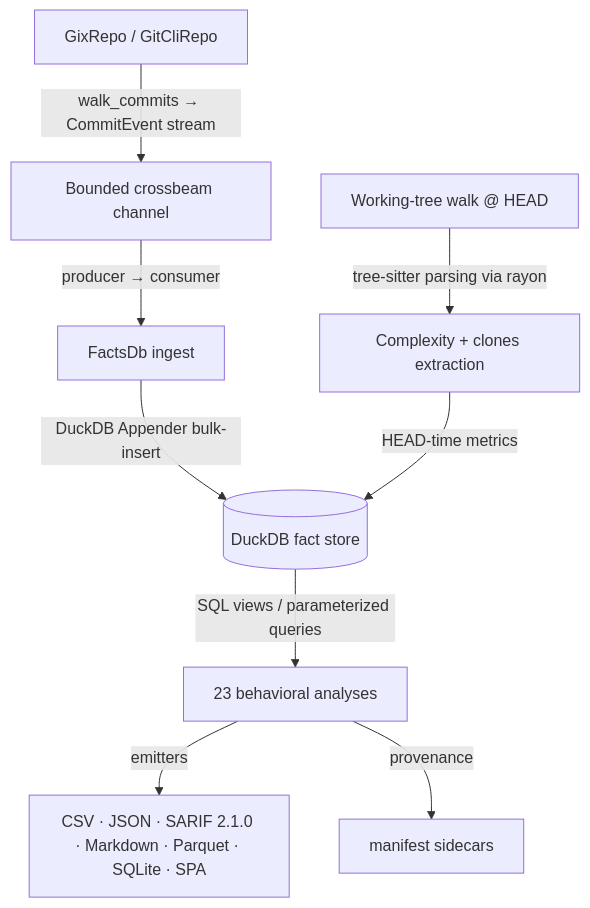
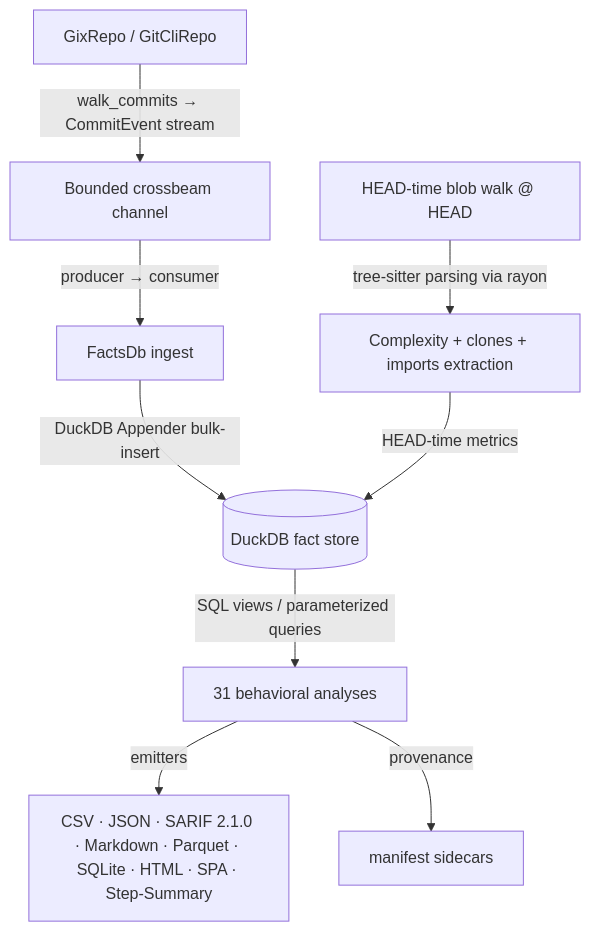
Before and after one commit to emrecdr/codelore: the diagram in docs/codebase_analysis.md, drawn with Mermaid.

Commit message:
docs(codebase_analysis): refresh Mermaid pipeline graph for v0.7.0
Three drifts in the pipeline diagram:

- "23 behavioral analyses" → "31" (v0.6.0 added 6 new + v0.5.x sprint
  added more; the rest of the doc already says 31).
- "Complexity + clones extraction" → "Complexity + clones + imports
  extraction" (F-A1 in Plan 8 added the imports HEAD-time scan).
- "Working-tree walk" → "HEAD-time blob walk" (F59 / F60 switched
  the complexity + clones passes to read blobs from the gix ODB; the
  doc's wording was pre-F59).
- Emitter list extended to include the HTML and step-summary formats
  shipped in v0.5.x / v0.6.x.

````diff
--- a/docs/codebase_analysis.md
+++ b/docs/codebase_analysis.md
@@ -29,11 +29,11 @@
 ```mermaid
 graph TD
     A[GixRepo / GitCliRepo] -->|walk_commits → CommitEvent stream| B[Bounded crossbeam channel]
     B -->|producer → consumer| C[FactsDb ingest]
     C -->|DuckDB Appender bulk-insert| D[(DuckDB fact store)]
-    E[Working-tree walk @ HEAD] -->|tree-sitter parsing via rayon| F[Complexity + clones extraction]
+    E[HEAD-time blob walk @ HEAD] -->|tree-sitter parsing via rayon| F[Complexity + clones + imports extraction]
     F -->|HEAD-time metrics| D
-    D -->|SQL views / parameterized queries| G[23 behavioral analyses]
-    G -->|emitters| H[CSV · JSON · SARIF 2.1.0 · Markdown · Parquet · SQLite · SPA]
+    D -->|SQL views / parameterized queries| G[31 behavioral analyses]
+    G -->|emitters| H[CSV · JSON · SARIF 2.1.0 · Markdown · Parquet · SQLite · HTML · SPA · Step-Summary]
     G -->|provenance| I[manifest sidecars]
 ```
````
